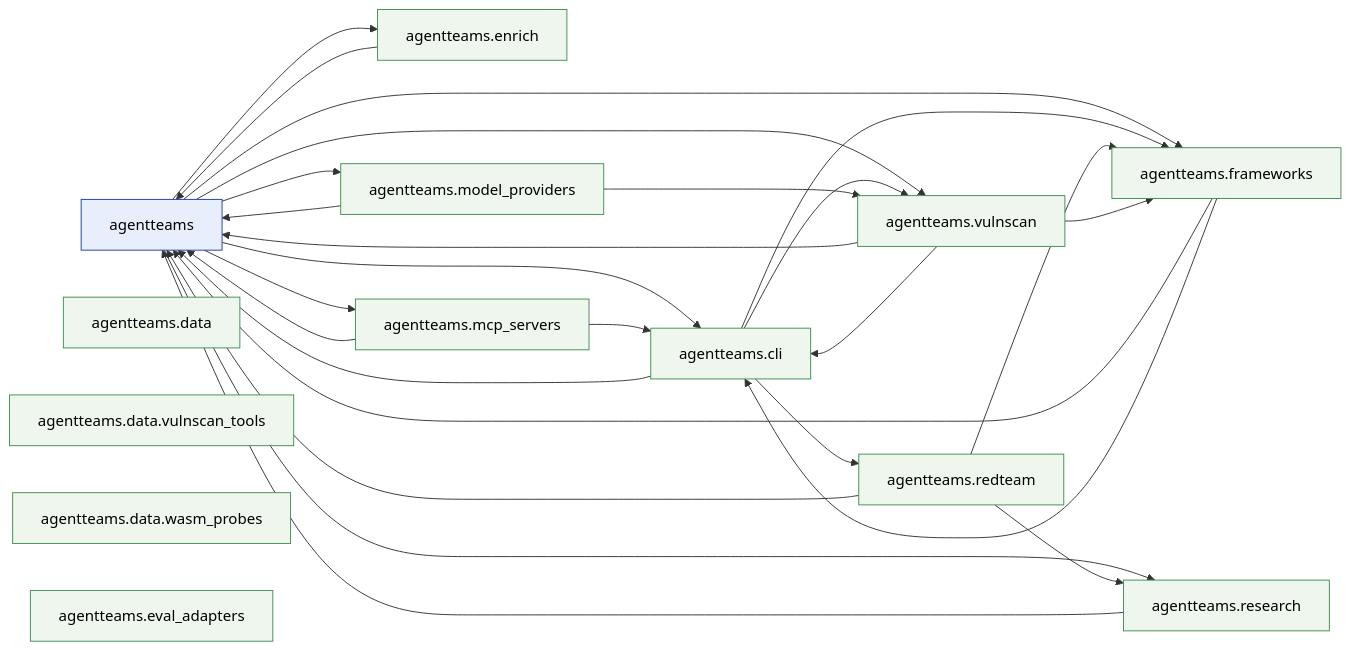
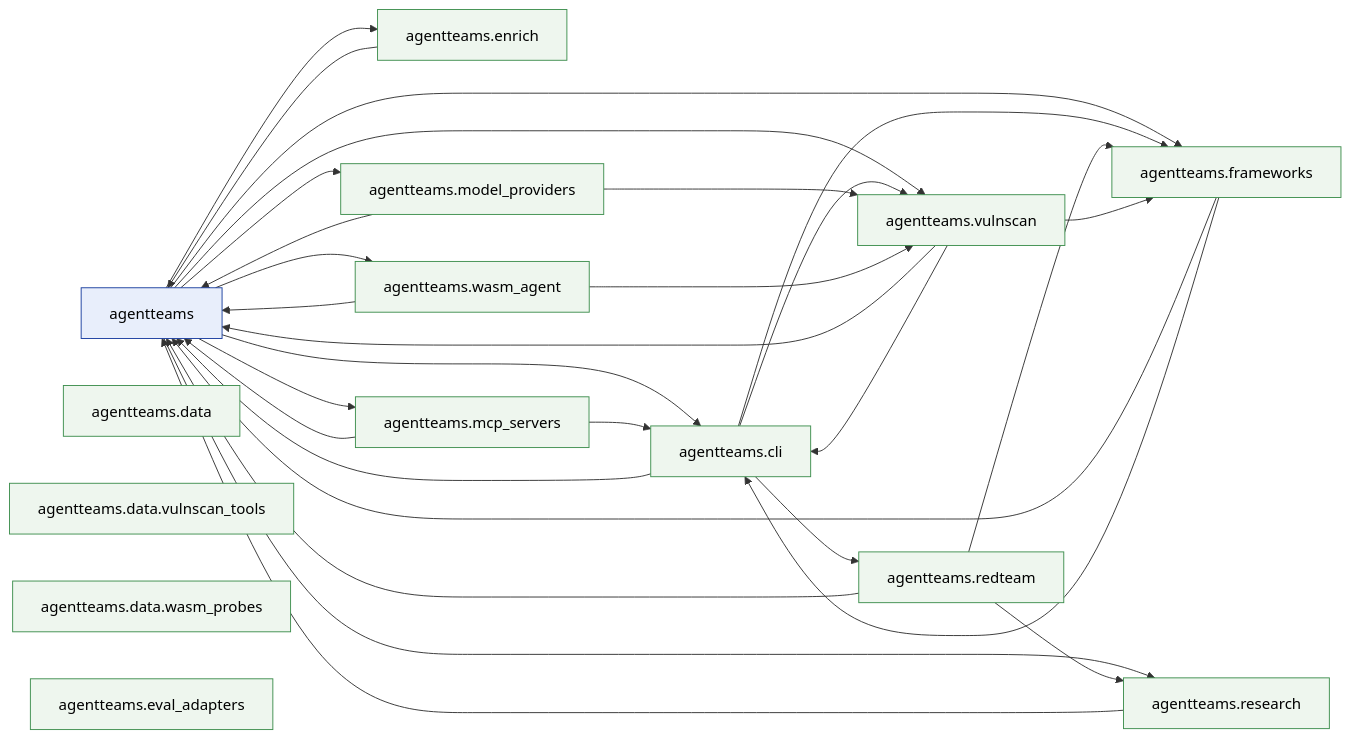
One commit to jlcatonjr/agentteams changed the first of 2 diagrams in references/architecture-graph.md. Above: the diagram before and after it, drawn with Mermaid. The commit also changed other lines of this file and 20 other files, not shown here.

First line of the commit message:
feat(wasm-agent): P05 WASM agent host — step-mode protocol, Stage 0/1 split, budgets, DLP, key custody

````diff
--- a/references/architecture-graph.md
+++ b/references/architecture-graph.md
@@ -438,56 +449,61 @@
 ```mermaid
 flowchart LR
     classDef root fill:#e8eefb,stroke:#1b3fa0,color:#000
     classDef sub  fill:#eef6ee,stroke:#3f8f4f,color:#000
     agentteams["agentteams"]
     class agentteams root
     agentteams_cli["agentteams.cli"]
     class agentteams_cli sub
     agentteams_data["agentteams.data"]
     class agentteams_data sub
     agentteams_data_vulnscan_tools["agentteams.data.vulnscan_tools"]
     class agentteams_data_vulnscan_tools sub
     agentteams_data_wasm_probes["agentteams.data.wasm_probes"]
     class agentteams_data_wasm_probes sub
     agentteams_enrich["agentteams.enrich"]
     class agentteams_enrich sub
     agentteams_eval_adapters["agentteams.eval_adapters"]
     class agentteams_eval_adapters sub
     agentteams_frameworks["agentteams.frameworks"]
     class agentteams_frameworks sub
     agentteams_mcp_servers["agentteams.mcp_servers"]
     class agentteams_mcp_servers sub
     agentteams_model_providers["agentteams.model_providers"]
     class agentteams_model_providers sub
     agentteams_redteam["agentteams.redteam"]
     class agentteams_redteam sub
     agentteams_research["agentteams.research"]
     class agentteams_research sub
     agentteams_vulnscan["agentteams.vulnscan"]
     class agentteams_vulnscan sub
+    agentteams_wasm_agent["agentteams.wasm_agent"]
+    class agentteams_wasm_agent sub
     agentteams --> agentteams_cli
     agentteams --> agentteams_enrich
     agentteams --> agentteams_frameworks
     agentteams --> agentteams_mcp_servers
     agentteams --> agentteams_model_providers
     agentteams --> agentteams_research
     agentteams --> agentteams_vulnscan
+    agentteams --> agentteams_wasm_agent
     agentteams_cli --> agentteams
     agentteams_cli --> agentteams_frameworks
     agentteams_cli --> agentteams_redteam
     agentteams_cli --> agentteams_vulnscan
     agentteams_enrich --> agentteams
     agentteams_frameworks --> agentteams
     agentteams_frameworks --> agentteams_cli
     agentteams_mcp_servers --> agentteams
     agentteams_mcp_servers --> agentteams_cli
     agentteams_model_providers --> agentteams
     agentteams_model_providers --> agentteams_vulnscan
     agentteams_redteam --> agentteams
     agentteams_redteam --> agentteams_frameworks
     agentteams_redteam --> agentteams_research
     agentteams_research --> agentteams
     agentteams_vulnscan --> agentteams
     agentteams_vulnscan --> agentteams_cli
     agentteams_vulnscan --> agentteams_frameworks
+    agentteams_wasm_agent --> agentteams
+    agentteams_wasm_agent --> agentteams_vulnscan
 ```
````
